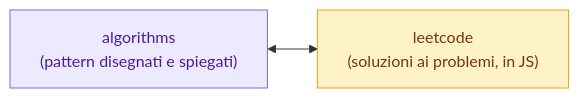
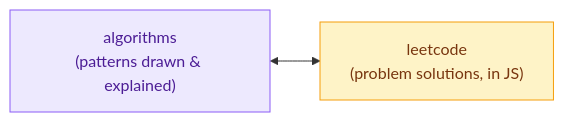
The first of 2 diagrams in README.md (sombreror/algorithms), drawn with Mermaid before and after one commit. The commit also changed other lines of this file and 1 other file, not shown here.

````diff
--- a/README.md
+++ b/README.md
@@ -54,7 +57,7 @@
 ```mermaid
 graph LR
-    A["algorithms<br/>(pattern disegnati e spiegati)"] <--> B["leetcode<br/>(soluzioni ai problemi, in JS)"]
+    A["algorithms<br/>(patterns drawn & explained)"] <--> B["leetcode<br/>(problem solutions, in JS)"]
 
     style A fill:#EDE9FE,stroke:#8B5CF6,color:#4C1D95
     style B fill:#FEF3C7,stroke:#F59E0B,color:#78350F
 ```
````
